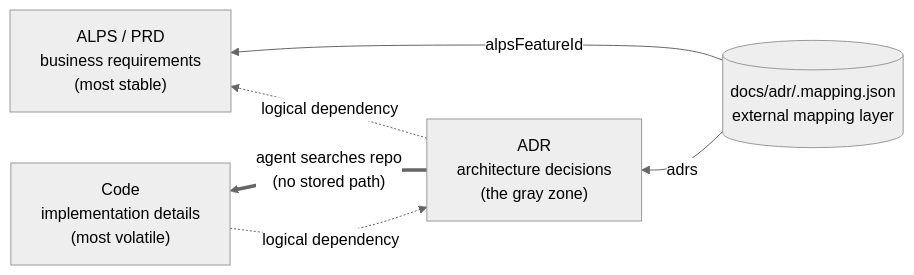
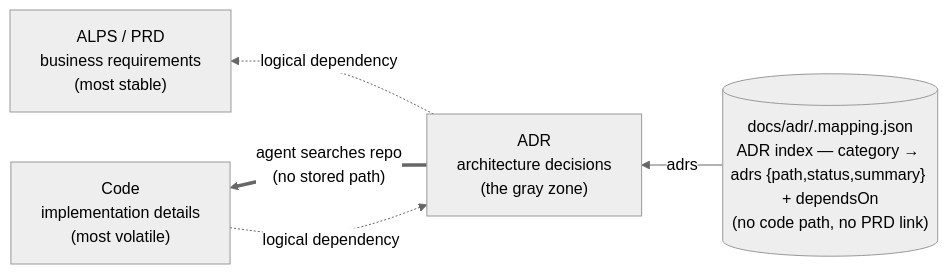
The diagram in docs/dependency-model.md (haandol/alps-writer-mcp), drawn with Mermaid (neutral theme) before and after one commit. The commit also changed other lines of this file and 24 other files, not shown here.

````diff
--- a/docs/dependency-model.md
+++ b/docs/dependency-model.md
@@ -5,14 +5,13 @@
 ```mermaid
 flowchart RL
     PRD["ALPS / PRD<br/>business requirements<br/>(most stable)"]
     ADR["ADR<br/>architecture decisions<br/>(the gray zone)"]
     Code["Code<br/>implementation details<br/>(most volatile)"]
-    Mapping[("docs/adr/.mapping.json<br/>external mapping layer")]
+    Mapping[("docs/adr/.mapping.json<br/>ADR index — category → adrs {path,status,summary} + dependsOn<br/>(no code path, no PRD link)")]
 
     Code -. logical dependency .-> ADR
     ADR -. logical dependency .-> PRD
 
-    Mapping -- alpsFeatureId --> PRD
     Mapping -- adrs --> ADR
     ADR == "agent searches repo<br/>(no stored path)" ==> Code
 ```
````
